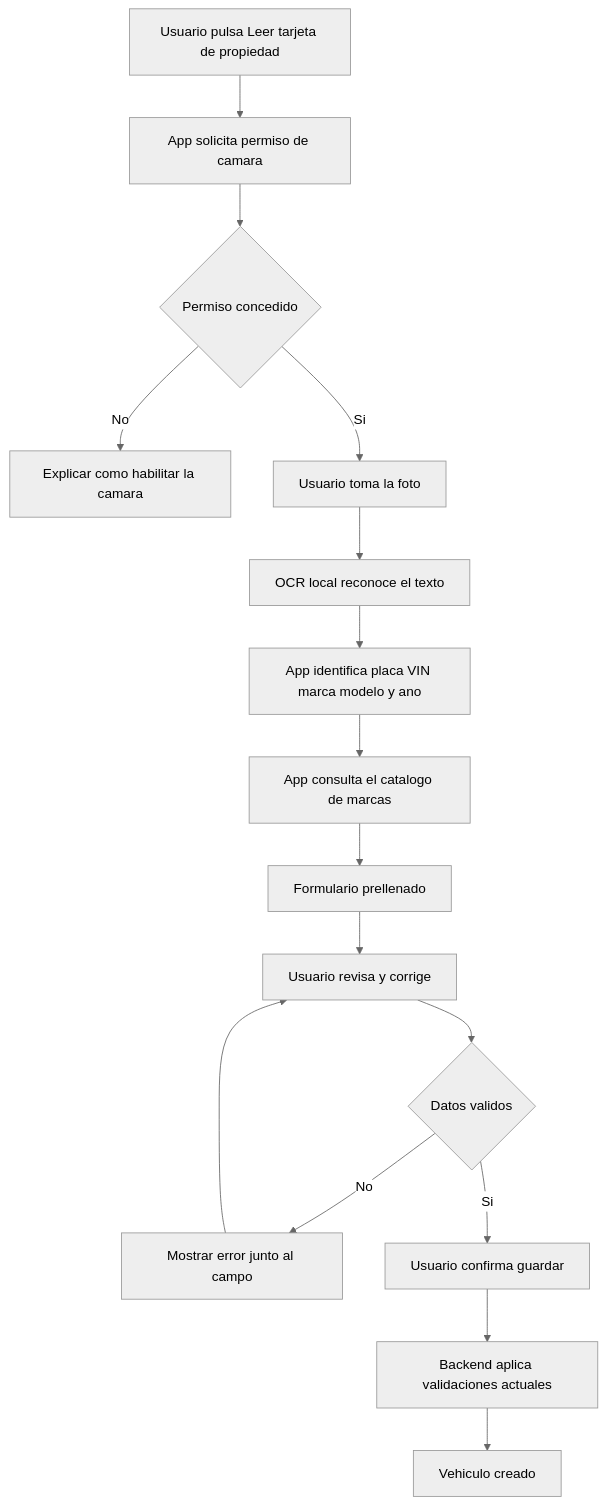
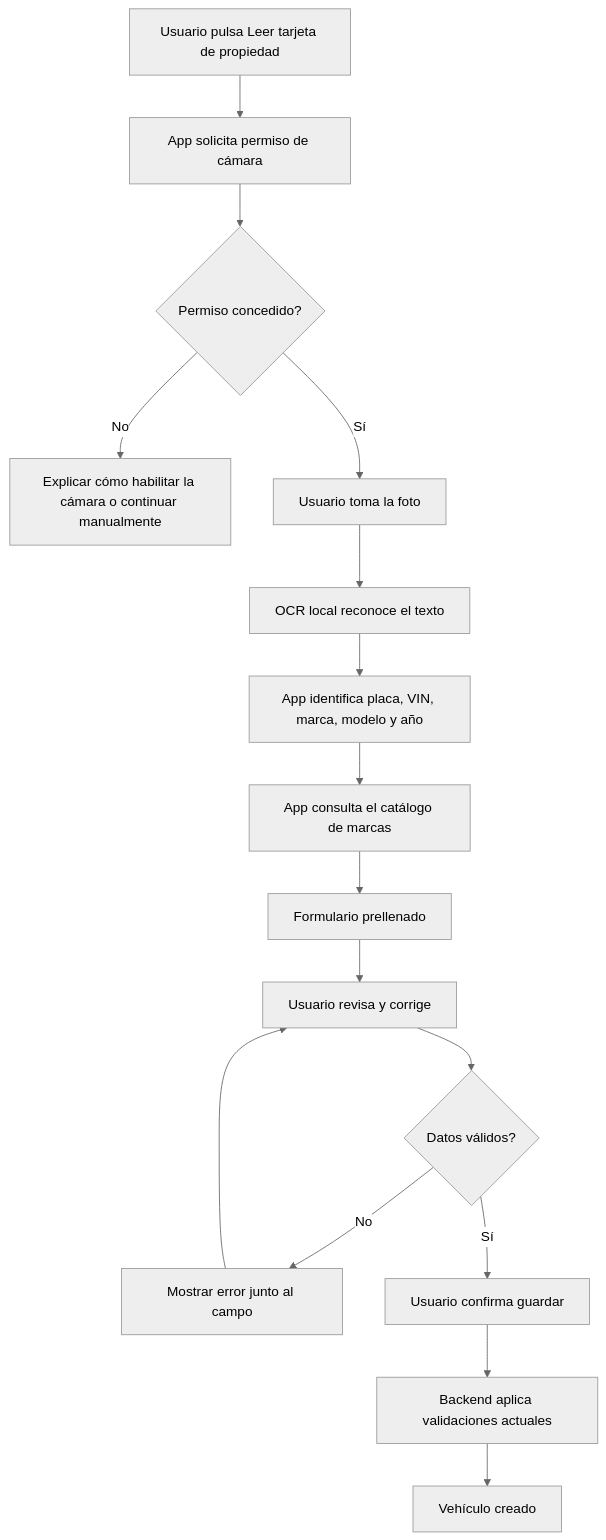
The diagram in docs/design/lectura-tarjeta-propiedad.md (miauto-shelby/obd-platform), drawn with Mermaid (neutral theme) before and after one commit. The commit also changed other lines of this file and 1 other file, not shown here.

Commit message:
docs(ocr): add property card assistance flow diagram

````diff
--- a/docs/design/lectura-tarjeta-propiedad.md
+++ b/docs/design/lectura-tarjeta-propiedad.md
@@ -39,18 +50,18 @@
 ```mermaid
 flowchart TD
-    A[Usuario pulsa Leer tarjeta de propiedad] --> B[App solicita permiso de camara]
-    B --> C{Permiso concedido}
-    C -->|No| D[Explicar como habilitar la camara]
-    C -->|Si| E[Usuario toma la foto]
+    A[Usuario pulsa Leer tarjeta de propiedad] --> B[App solicita permiso de cámara]
+    B --> C{Permiso concedido?}
+    C -->|No| D[Explicar cómo habilitar la cámara o continuar manualmente]
+    C -->|Sí| E[Usuario toma la foto]
     E --> F[OCR local reconoce el texto]
-    F --> G[App identifica placa VIN marca modelo y ano]
-    G --> H[App consulta el catalogo de marcas]
+    F --> G[App identifica placa, VIN, marca, modelo y año]
+    G --> H[App consulta el catálogo de marcas]
     H --> I[Formulario prellenado]
     I --> J[Usuario revisa y corrige]
-    J --> K{Datos validos}
+    J --> K{Datos válidos?}
     K -->|No| L[Mostrar error junto al campo]
     L --> J
-    K -->|Si| M[Usuario confirma guardar]
+    K -->|Sí| M[Usuario confirma guardar]
     M --> N[Backend aplica validaciones actuales]
-    N --> O[Vehiculo creado]
+    N --> O[Vehículo creado]
 ```
````
